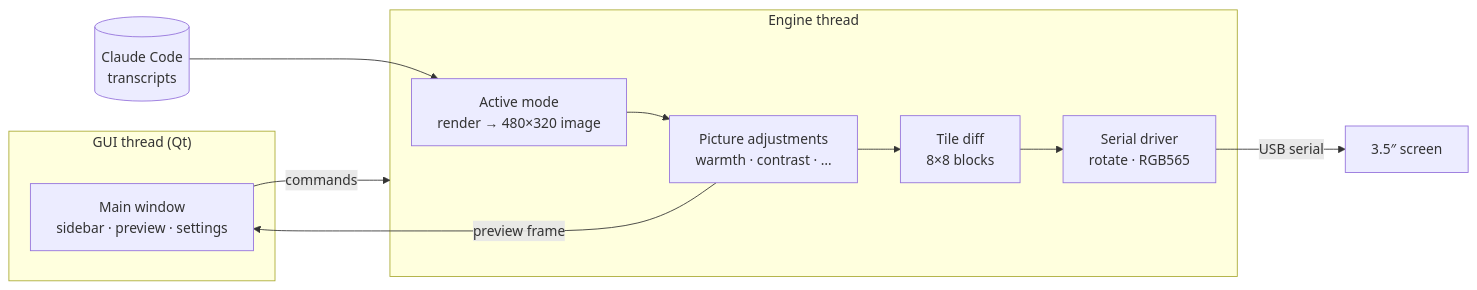
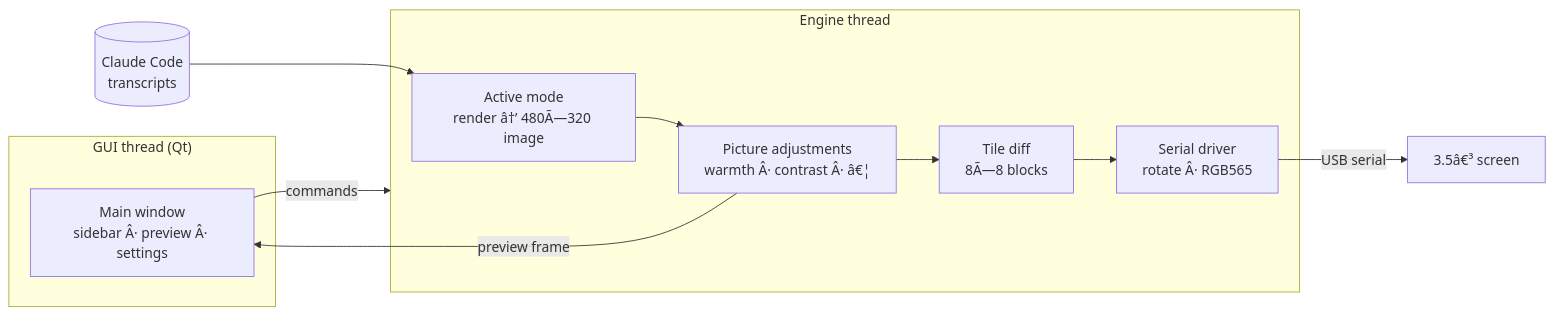
The diagram in README.md (CyberDemon73/turmo-screen), drawn with Mermaid before and after one commit. The commit also changed other lines of this file, not shown here.

````diff
--- a/README.md
+++ b/README.md
@@ -265,16 +265,16 @@
 ```mermaid
 flowchart LR
     subgraph GUI["GUI thread (Qt)"]
-        W[Main window<br/>sidebar · preview · settings]
+        W[Main window<br/>sidebar Â· preview Â· settings]
     end
     subgraph Engine["Engine thread"]
-        M[Active mode<br/>render → 480×320 image]
-        P[Picture adjustments<br/>warmth · contrast · …]
-        D[Tile diff<br/>8×8 blocks]
-        S[Serial driver<br/>rotate · RGB565]
+        M[Active mode<br/>render â†’ 480Ã—320 image]
+        P[Picture adjustments<br/>warmth Â· contrast Â· â€¦]
+        D[Tile diff<br/>8Ã—8 blocks]
+        S[Serial driver<br/>rotate Â· RGB565]
     end
     U[(Claude Code<br/>transcripts)] --> M
     W -- commands --> Engine
-    M --> P --> D --> S -- USB serial --> SCR[3.5″ screen]
+    M --> P --> D --> S -- USB serial --> SCR[3.5â€³ screen]
     P -- preview frame --> W
 ```
````
